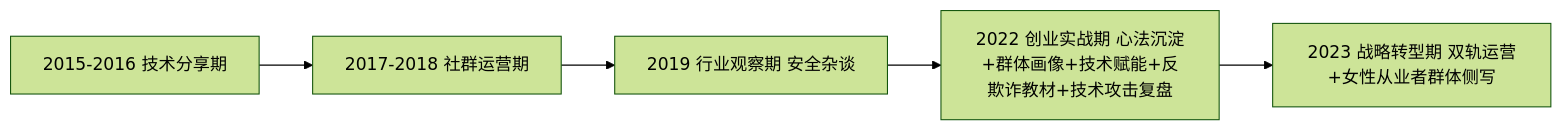
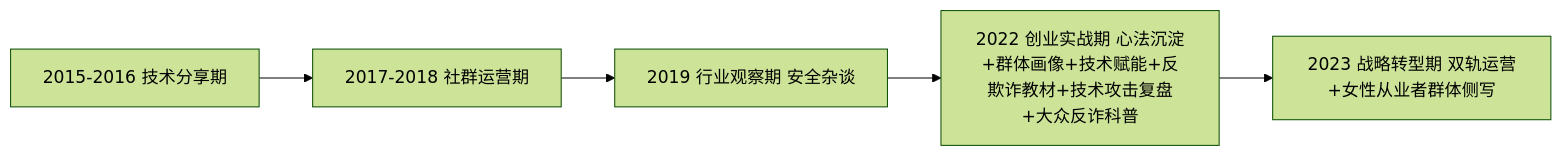
Before and after one commit to OpenDocCN1/sec-llm-wiki: the diagram in pages/301-zai-lushang-wechat-archive-201508-202208.md, drawn with Mermaid (forest theme). The commit also changed other lines of this file, not shown here.

````diff
--- a/pages/301-zai-lushang-wechat-archive-201508-202208.md
+++ b/pages/301-zai-lushang-wechat-archive-201508-202208.md
@@ -332,7 +361,7 @@
 ```mermaid
 graph LR
 A[2015-2016 技术分享期] --> B[2017-2018 社群运营期]
 B --> C[2019 行业观察期 安全杂谈]
-C --> D[2022 创业实战期 心法沉淀+群体画像+技术赋能+反欺诈教材+技术攻击复盘]
+C --> D[2022 创业实战期 心法沉淀+群体画像+技术赋能+反欺诈教材+技术攻击复盘+大众反诈科普]
 D --> E[2023 战略转型期 双轨运营+女性从业者群体侧写]
 ```
````
